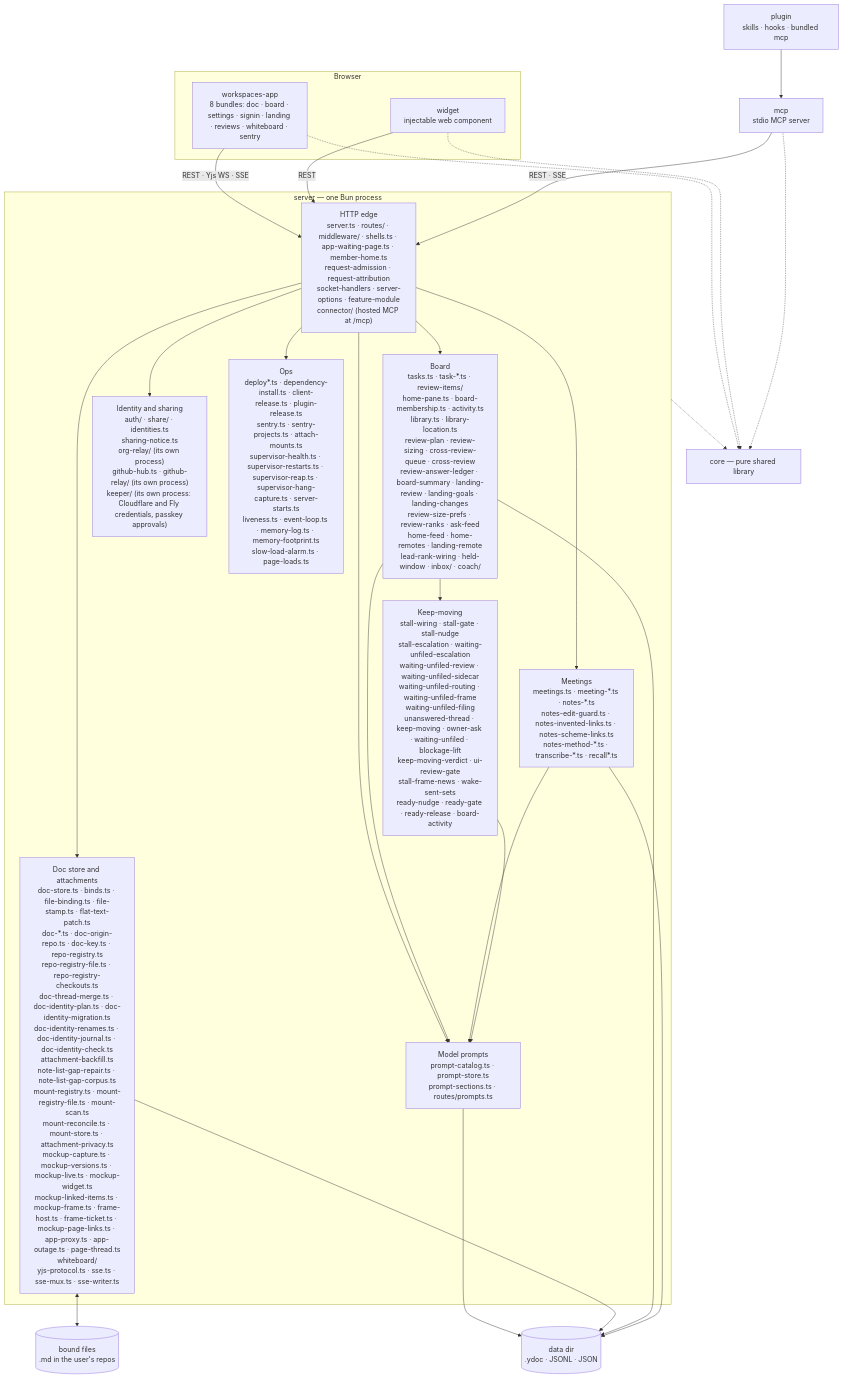
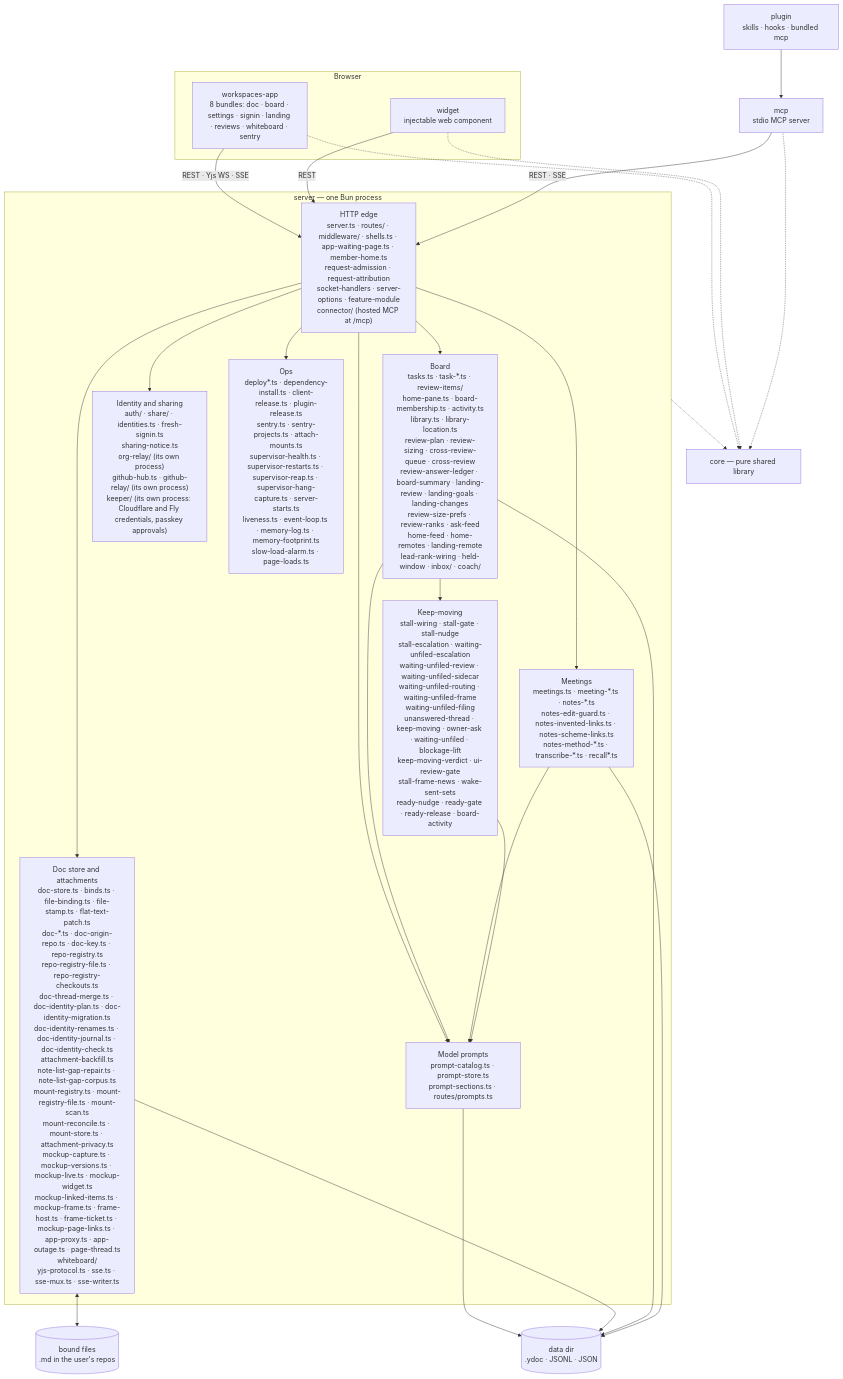
One commit to fryanpan/claude-workspaces-plugin changed the first of 2 diagrams in docs/architecture/overview.md. Above: the diagram before and after it, drawn with Mermaid. The commit also changed other lines of this file and 3 other files, not shown here.

First line of the commit message:
A headless browser archives a doc through the whole fresh-sign-in flow

````diff
--- a/docs/architecture/overview.md
+++ b/docs/architecture/overview.md
@@ -45,35 +45,35 @@
 ```mermaid
 flowchart TB
   subgraph browser[Browser]
     app["workspaces-app<br/>8 bundles: doc · board · settings · signin · landing · reviews · whiteboard · sentry"]
     wid["widget<br/>injectable web component"]
   end
   plug["plugin<br/>skills · hooks · bundled mcp"]
   mcp["mcp<br/>stdio MCP server"]
   subgraph srv["server — one Bun process"]
     edge["HTTP edge<br/>server.ts · routes/ · middleware/ · shells.ts · app-waiting-page.ts · member-home.ts<br/>request-admission · request-attribution<br/>socket-handlers · server-options · feature-module<br/>connector/ (hosted MCP at /mcp)"]
     docs["Doc store and attachments<br/>doc-store.ts · binds.ts · file-binding.ts · file-stamp.ts · flat-text-patch.ts<br/>doc-*.ts · doc-origin-repo.ts · doc-key.ts · repo-registry.ts<br/>repo-registry-file.ts · repo-registry-checkouts.ts<br/>doc-thread-merge.ts · doc-identity-plan.ts · doc-identity-migration.ts<br/>doc-identity-renames.ts · doc-identity-journal.ts · doc-identity-check.ts<br/>attachment-backfill.ts<br/>note-list-gap-repair.ts · note-list-gap-corpus.ts<br/>mount-registry.ts · mount-registry-file.ts · mount-scan.ts<br/>mount-reconcile.ts · mount-store.ts · attachment-privacy.ts<br/>mockup-capture.ts · mockup-versions.ts · mockup-live.ts · mockup-widget.ts<br/>mockup-linked-items.ts · mockup-frame.ts · frame-host.ts · frame-ticket.ts · mockup-page-links.ts · app-proxy.ts · app-outage.ts · page-thread.ts<br/>whiteboard/<br/>yjs-protocol.ts · sse.ts · sse-mux.ts · sse-writer.ts"]
     board["Board<br/>tasks.ts · task-*.ts · review-items/<br/>home-pane.ts · board-membership.ts · activity.ts<br/>library.ts · library-location.ts<br/>review-plan · review-sizing · cross-review-queue · cross-review<br/>review-answer-ledger · board-summary · landing-review · landing-goals · landing-changes<br/>review-size-prefs · review-ranks · ask-feed<br/>home-feed · home-remotes · landing-remote<br/>lead-rank-wiring · held-window · inbox/ · coach/"]
     meet["Meetings<br/>meetings.ts · meeting-*.ts · notes-*.ts<br/>notes-edit-guard.ts · notes-invented-links.ts · notes-scheme-links.ts<br/>notes-method-*.ts · transcribe-*.ts · recall*.ts"]
     keep["Keep-moving<br/>stall-wiring · stall-gate · stall-nudge<br/>stall-escalation · waiting-unfiled-escalation<br/>waiting-unfiled-review · waiting-unfiled-sidecar<br/>waiting-unfiled-routing · waiting-unfiled-frame<br/>waiting-unfiled-filing<br/>unanswered-thread · keep-moving · owner-ask · waiting-unfiled · blockage-lift<br/>keep-moving-verdict · ui-review-gate<br/>stall-frame-news · wake-sent-sets<br/>ready-nudge · ready-gate · ready-release · board-activity"]
-    ident["Identity and sharing<br/>auth/ · share/ · identities.ts<br/>sharing-notice.ts<br/>org-relay/ (its own process)<br/>github-hub.ts · github-relay/ (its own process)<br/>keeper/ (its own process: Cloudflare and Fly credentials, passkey approvals)"]
+    ident["Identity and sharing<br/>auth/ · share/ · identities.ts · fresh-signin.ts<br/>sharing-notice.ts<br/>org-relay/ (its own process)<br/>github-hub.ts · github-relay/ (its own process)<br/>keeper/ (its own process: Cloudflare and Fly credentials, passkey approvals)"]
     prompts["Model prompts<br/>prompt-catalog.ts · prompt-store.ts<br/>prompt-sections.ts · routes/prompts.ts"]
     ops["Ops<br/>deploy*.ts · dependency-install.ts · client-release.ts · plugin-release.ts<br/>sentry.ts · sentry-projects.ts · attach-mounts.ts<br/>supervisor-health.ts · supervisor-restarts.ts · supervisor-reap.ts · supervisor-hang-capture.ts · server-starts.ts<br/>liveness.ts · event-loop.ts · memory-log.ts · memory-footprint.ts<br/>slow-load-alarm.ts · page-loads.ts"]
   end
   core["core — pure shared library"]
   disk[("data dir<br/>.ydoc · JSONL · JSON")]
   files[("bound files<br/>.md in the user's repos")]
 
   app -->|"REST · Yjs WS · SSE"| edge
   wid -->|REST| edge
   plug --> mcp
   mcp -->|"REST · SSE"| edge
   edge --> docs & board & meet & ident & ops & prompts
   board & meet & keep --> prompts
   prompts --> disk
   board --> keep
   docs <--> files
   docs & board & meet --> disk
   app & wid & mcp -.-> core
   srv -.-> core
 ```
````
